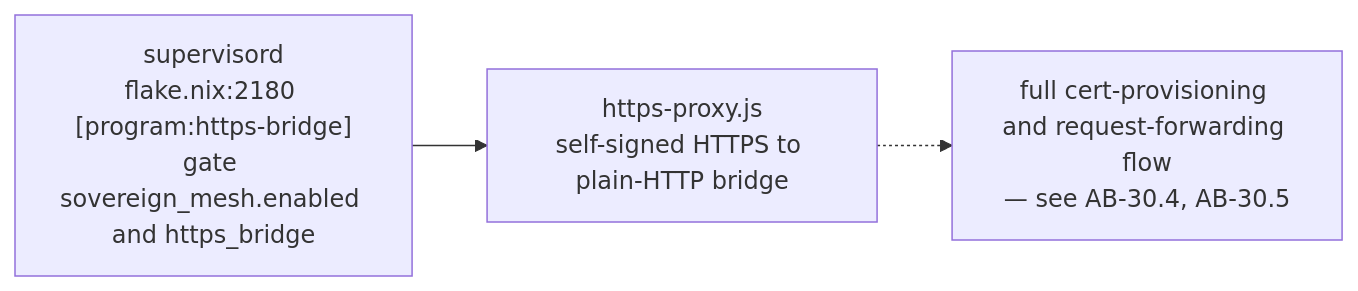
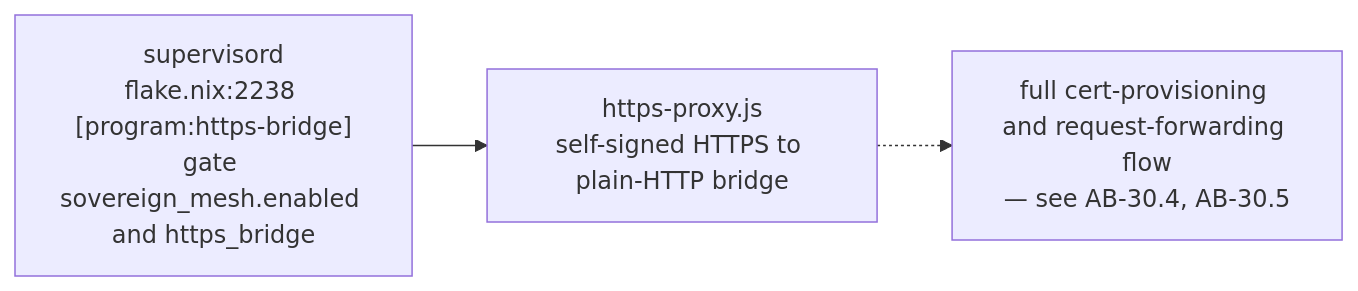
One commit to DreamLab-AI/VisionFlow changed diagram 21 of 23 in docs/diagrams/agentbox/02-boot-sequence-and-readiness.md. Above: the diagram before and after it, drawn with Mermaid. The commit also changed other lines of this file and 28 other files, not shown here.

````diff
--- a/docs/diagrams/agentbox/02-boot-sequence-and-readiness.md
+++ b/docs/diagrams/agentbox/02-boot-sequence-and-readiness.md
@@ -634,5 +651,5 @@
 ```mermaid
 flowchart LR
-    SUP["supervisord<br/>flake.nix:2180 [program:https-bridge]<br/>gate sovereign_mesh.enabled and https_bridge"] --> HB["https-proxy.js<br/>self-signed HTTPS to plain-HTTP bridge"]
+    SUP["supervisord<br/>flake.nix:2238 [program:https-bridge]<br/>gate sovereign_mesh.enabled and https_bridge"] --> HB["https-proxy.js<br/>self-signed HTTPS to plain-HTTP bridge"]
     HB -.-> DETAIL["full cert-provisioning and request-forwarding flow<br/>— see AB-30.4, AB-30.5"]
 ```
````
